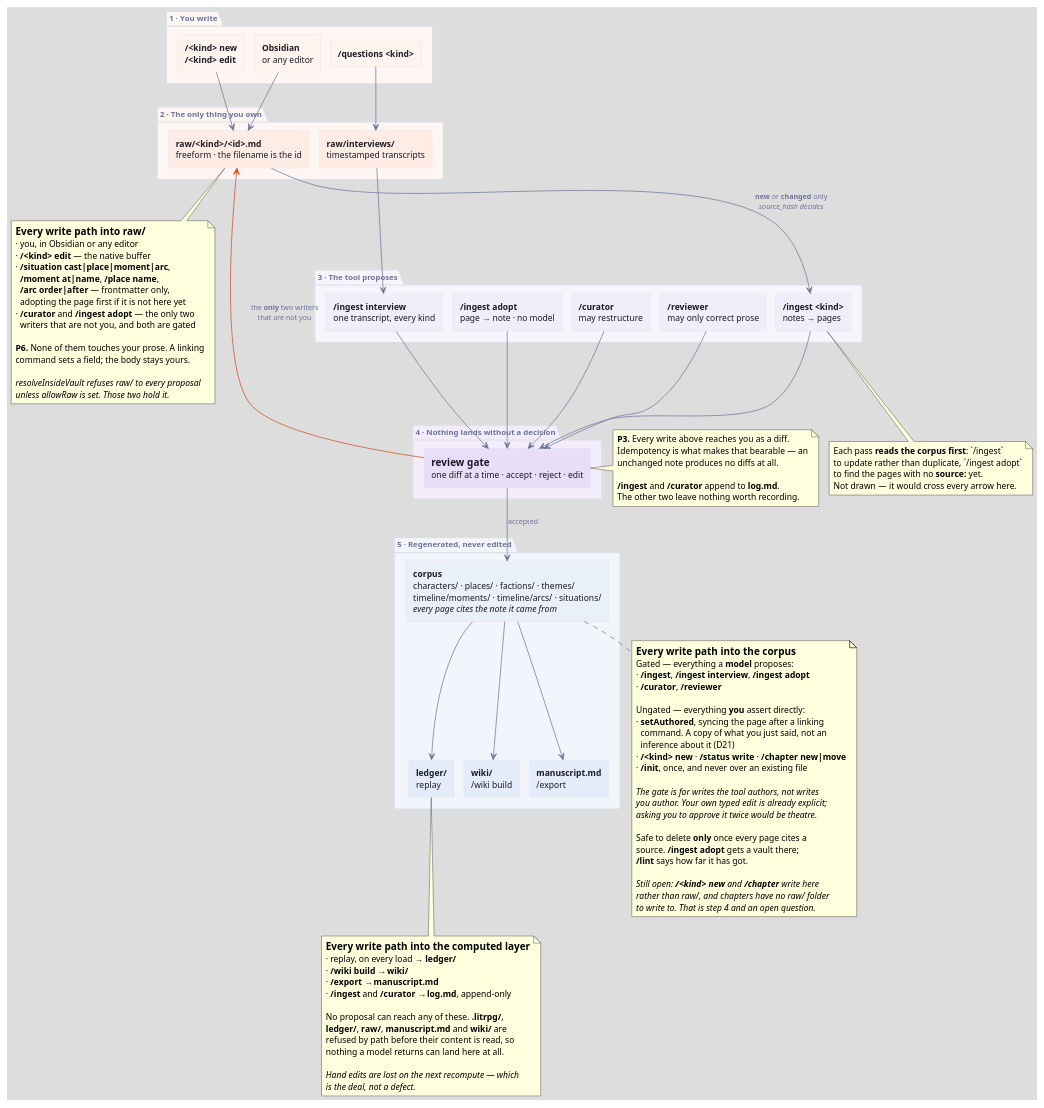
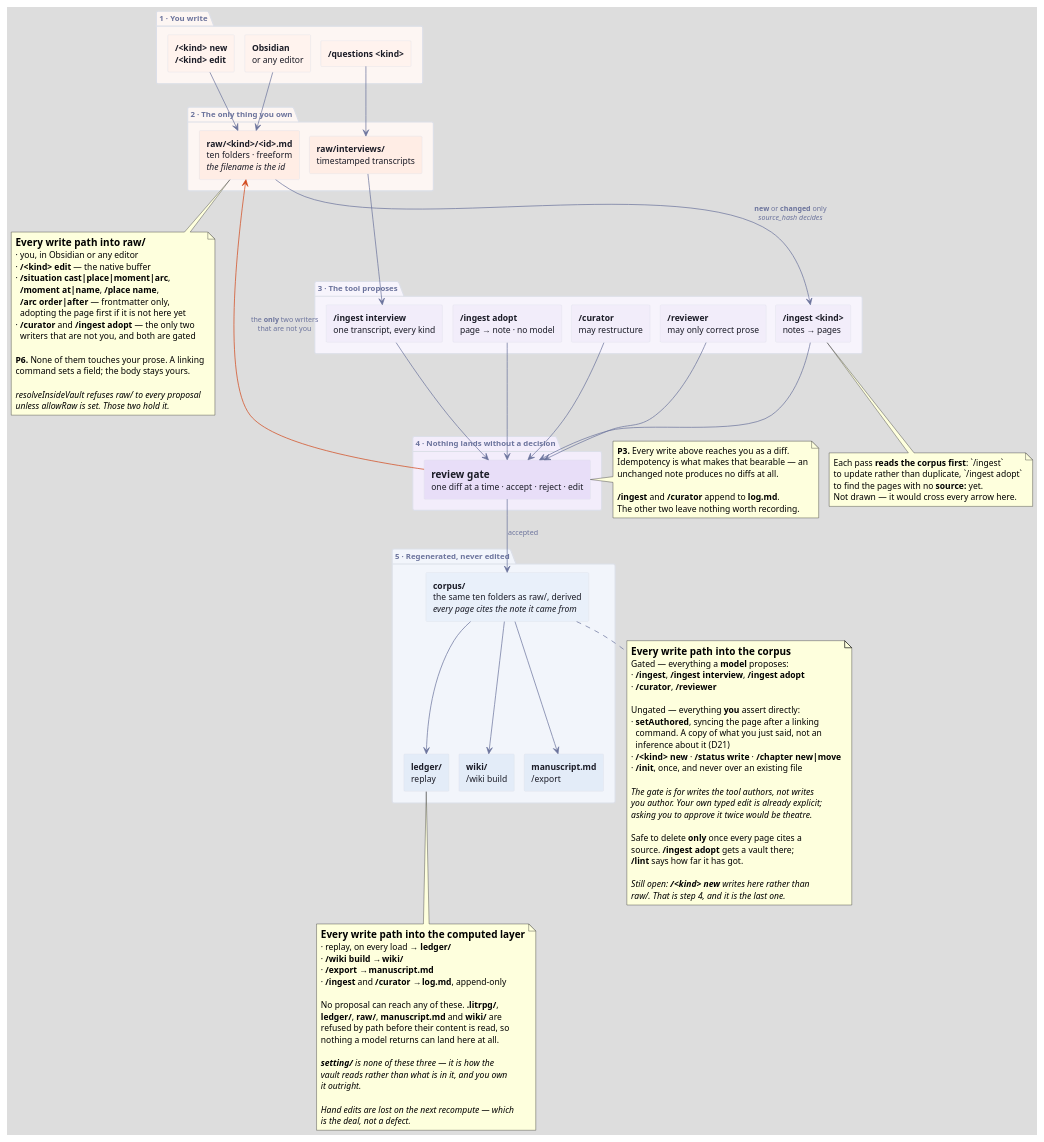
The diagram in docs/diagrams/authoring-flow.puml (claytantor/litfire), drawn with PlantUML before and after one commit. The commit also changed 40 other files, not shown here.

```diff
--- a/docs/diagrams/authoring-flow.puml
+++ b/docs/diagrams/authoring-flow.puml
@@ -1,171 +1,174 @@
 @startuml authoring-flow
 ' The authoring flow, end to end.
 '
 '   java -jar plantuml.jar -tsvg docs/diagrams/authoring-flow.puml
 '
 ' The one thing this diagram exists to say: every arrow into the corpus
 ' passes through the review gate, and everything below the corpus is
 ' regenerated from it. Only the author writes raw/ — with two named
 ' exceptions, drawn in the author's own colour because that is what makes
 ' them exceptional.
 
 top to bottom direction
 
 skinparam backgroundColor #dddddd
 skinparam shadowing false
 skinparam defaultFontName "Helvetica"
 skinparam defaultFontSize 12
 skinparam nodesep 14
 skinparam ranksep 26
 skinparam ArrowColor #6b739c
 skinparam ArrowFontColor #6b739c
 skinparam ArrowFontSize 10
 
 skinparam rectangle {
   BorderColor #dcdfe8
   FontColor #1a1b26
   BackgroundColor #ffffff
   roundCorner 3
 }
 
 skinparam package {
   BorderColor #dcdfe8
   FontColor #6b739c
   BackgroundColor transparent
   FontSize 11
 }
 
 ' Layer colours are litfire's own TUI role colours, from source/theme.ts:
 '   author #d2481a · model #7a4bbd · computed #2b5fa8
 package "1 · You write" #FDF6F3 {
   rectangle "**Obsidian**\nor any editor" as obsidian #FFF3EE
   rectangle "**/<kind> new**\n**/<kind> edit**" as buffer #FFF3EE
   rectangle "**/questions <kind>**" as interview #FFF3EE
 }
 
 package "2 · The only thing you own" #FDF6F3 {
-  rectangle "**raw/<kind>/<id>.md**\nfreeform · the filename is the id" as raw #FFEDE5
+  rectangle "**raw/<kind>/<id>.md**\nten folders · freeform\n//the filename is the id//" as raw #FFEDE5
   rectangle "**raw/interviews/**\ntimestamped transcripts" as transcripts #FFEDE5
 }
 
 package "3 · The tool proposes" #F7F4FC {
   rectangle "**/ingest <kind>**\nnotes → pages" as ingest #F2EDFA
   rectangle "**/ingest interview**\none transcript, every kind" as ingestI #F2EDFA
   rectangle "**/ingest adopt**\npage → note · no model" as adopt #F2EDFA
   rectangle "**/curator**\nmay restructure" as curator #F2EDFA
   rectangle "**/reviewer**\nmay only correct prose" as reviewer #F2EDFA
 }
 
 package "4 · Nothing lands without a decision" #F3EDFB {
   rectangle "==review gate\none diff at a time · accept · reject · edit" as gate #E8DEF8
 }
 
 package "5 · Regenerated, never edited" #F2F5FB {
-  rectangle "**corpus**\ncharacters/ · places/ · factions/ · themes/\ntimeline/moments/ · timeline/arcs/ · situations/\n//every page cites the note it came from//" as corpus #E9F0FA
+  rectangle "**corpus/**\nthe same ten folders as raw/, derived\n//every page cites the note it came from//" as corpus #E9F0FA
   rectangle "**ledger/**\nreplay" as ledger #E3ECF8
   rectangle "**wiki/**\n/wiki build" as wiki #E3ECF8
   rectangle "**manuscript.md**\n/export" as manuscript #E3ECF8
 }
 
 ' --- 1 → 2 -----------------------------------------------------------
 obsidian --> raw
 buffer --> raw
 interview --> transcripts
 
 ' --- 2 → 3 -----------------------------------------------------------
 raw --> ingest : **new** or **changed** only\n//source_hash decides//
 transcripts --> ingestI
 
 ' --- 3 → 4 -----------------------------------------------------------
 ingest --> gate
 ingestI --> gate
 adopt --> gate
 curator --> gate
 reviewer --> gate
 
 ' --- 4 → 5, and the two ways back into raw ---------------------------
 gate --> corpus : accepted
 gate -[#d2481a]-> raw : the **only** two writers\nthat are not you
 
 ' --- 5 → 5 -----------------------------------------------------------
 corpus --> ledger
 corpus --> wiki
 corpus --> manuscript
 
 note bottom of ledger
   ==Every write path into the computed layer
   · replay, on every load → **ledger/**
   · **/wiki build** → **wiki/**
   · **/export** → **manuscript.md**
   · **/ingest** and **/curator** → **log.md**, append-only
 
   No proposal can reach any of these. **.litrpg/**,
   **ledger/**, **raw/**, **manuscript.md** and **wiki/** are
   refused by path before their content is read, so
   nothing a model returns can land here at all.
+
+  //**setting/** is none of these three — it is how the//
+  //vault reads rather than what is in it, and you own//
+  //it outright.//
 
   //Hand edits are lost on the next recompute — which//
   //is the deal, not a defect.//
 end note
 
 note bottom of ingest
   Each pass **reads the corpus first**: `/ingest`
   to update rather than duplicate, `/ingest adopt`
   to find the pages with no **source:** yet.
   Not drawn — it would cross every arrow here.
 end note
 
 note right of gate
   **P3.** Every write above reaches you as a diff.
   Idempotency is what makes that bearable — an
   unchanged note produces no diffs at all.
 
   **/ingest** and **/curator** append to **log.md**.
   The other two leave nothing worth recording.
 end note
 
 note bottom of raw
   ==Every write path into raw/
   · you, in Obsidian or any editor
   · **/<kind> edit** — the native buffer
   · **/situation cast|place|moment|arc**,
     **/moment at|name**, **/place name**,
     **/arc order|after** — frontmatter only,
     adopting the page first if it is not here yet
   · **/curator** and **/ingest adopt** — the only two
     writers that are not you, and both are gated
 
   **P6.** None of them touches your prose. A linking
   command sets a field; the body stays yours.
 
   //resolveInsideVault refuses raw/ to every proposal//
   //unless allowRaw is set. Those two hold it.//
 end note
 
 note bottom of corpus
   ==Every write path into the corpus
   Gated — everything a **model** proposes:
   · **/ingest**, **/ingest interview**, **/ingest adopt**
   · **/curator**, **/reviewer**
 
   Ungated — everything **you** assert directly:
   · **setAuthored**, syncing the page after a linking
     command. A copy of what you just said, not an
     inference about it (D21)
   · **/<kind> new** · **/status write** · **/chapter new|move**
   · **/init**, once, and never over an existing file
 
   //The gate is for writes the tool authors, not writes//
   //you author. Your own typed edit is already explicit;//
   //asking you to approve it twice would be theatre.//
 
   Safe to delete **only** once every page cites a
   source. **/ingest adopt** gets a vault there;
   **/lint** says how far it has got.
 
-  //Still open: **/<kind> new** and **/chapter** write here//
-  //rather than raw/, and chapters have no raw/ folder//
-  //to write to. That is step 4 and an open question.//
+  //Still open: **/<kind> new** writes here rather than//
+  //raw/. That is step 4, and it is the last one.//
 end note
 
 @enduml
```
